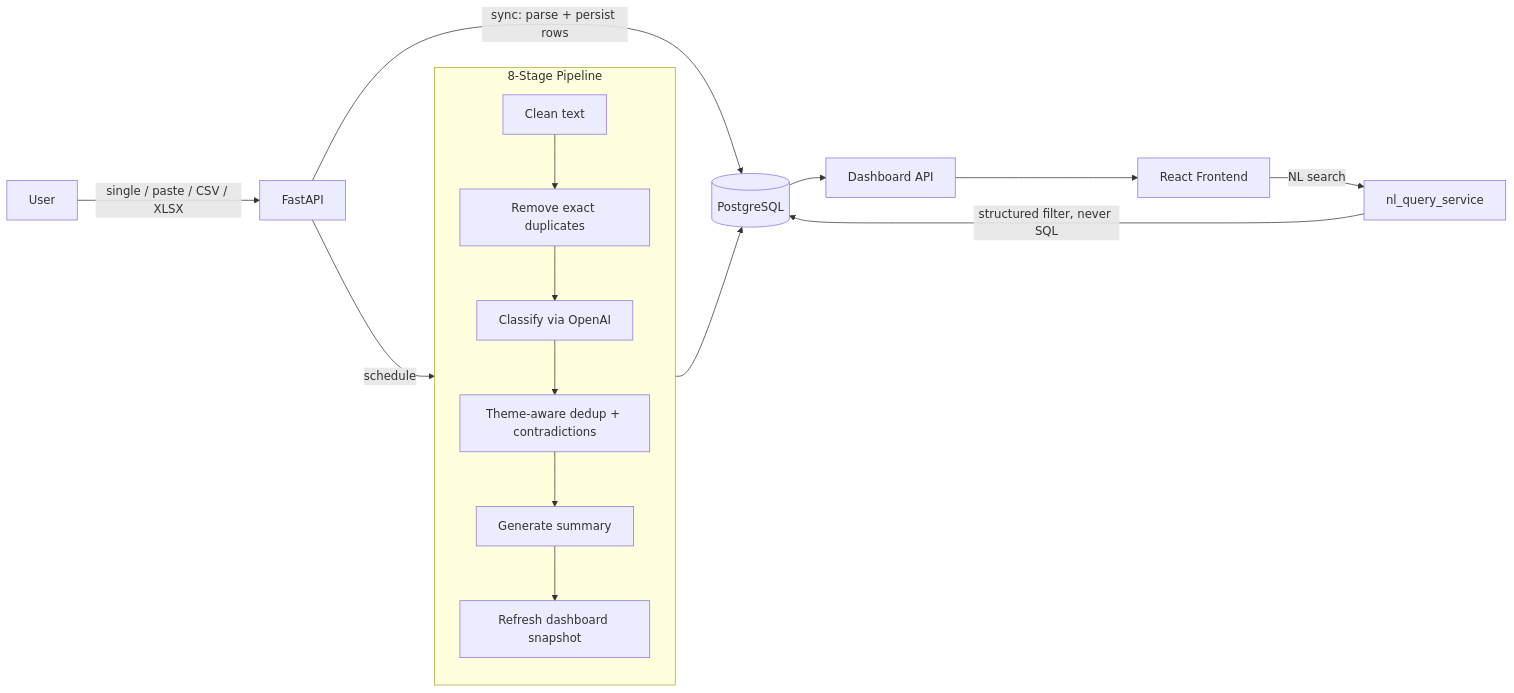
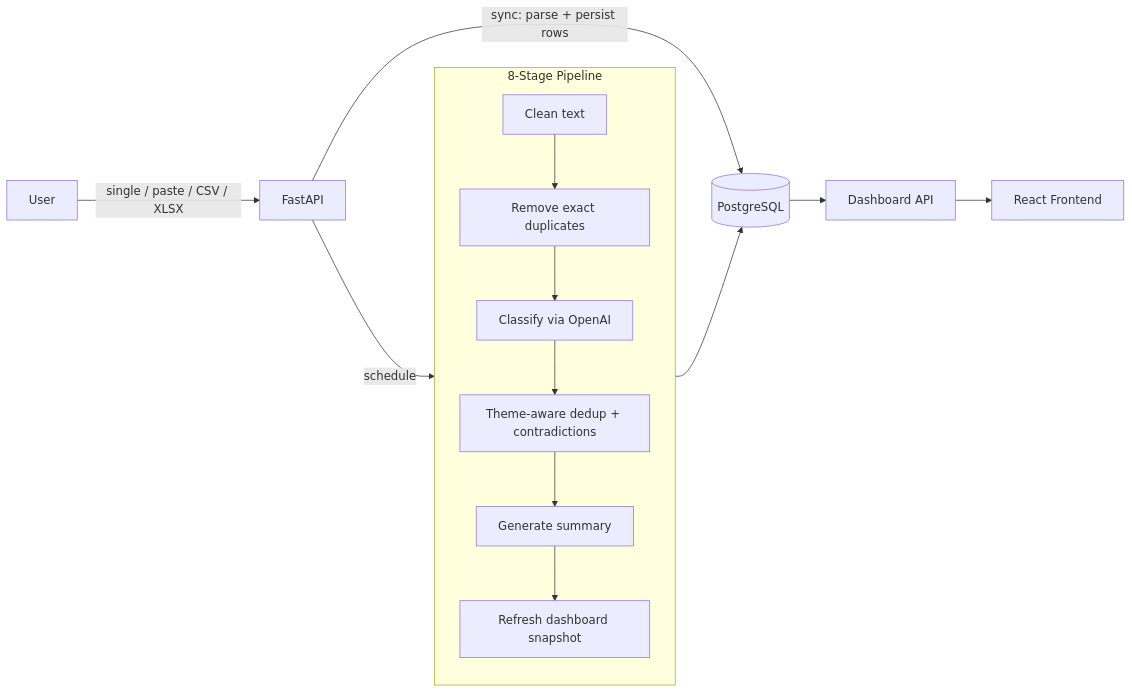
One commit to saramamatha19/FeedbackIQ changed the diagram in README.md. Above: the diagram before and after it, drawn with Mermaid. The commit also changed other lines of this file and 9 other files, not shown here.

````diff
--- a/README.md
+++ b/README.md
@@ -58,21 +55,19 @@
 ```mermaid
 flowchart LR
     U[User] -->|single / paste / CSV / XLSX| API[FastAPI]
     API -->|sync: parse + persist rows| DB[(PostgreSQL)]
     API -->|schedule| PIPE[Pipeline BackgroundTask]
 
     subgraph PIPE[8-Stage Pipeline]
         direction TB
         S1[Clean text] --> S2[Remove exact duplicates]
         S2 --> S3[Classify via OpenAI]
         S3 --> S4[Theme-aware dedup + contradictions]
         S4 --> S5[Generate summary]
         S5 --> S6[Refresh dashboard snapshot]
     end
 
     PIPE --> DB
     DB --> DASH[Dashboard API]
     DASH --> FE[React Frontend]
-    FE -->|NL search| NLQ[nl_query_service]
-    NLQ -->|structured filter, never SQL| DB
 ```
````
